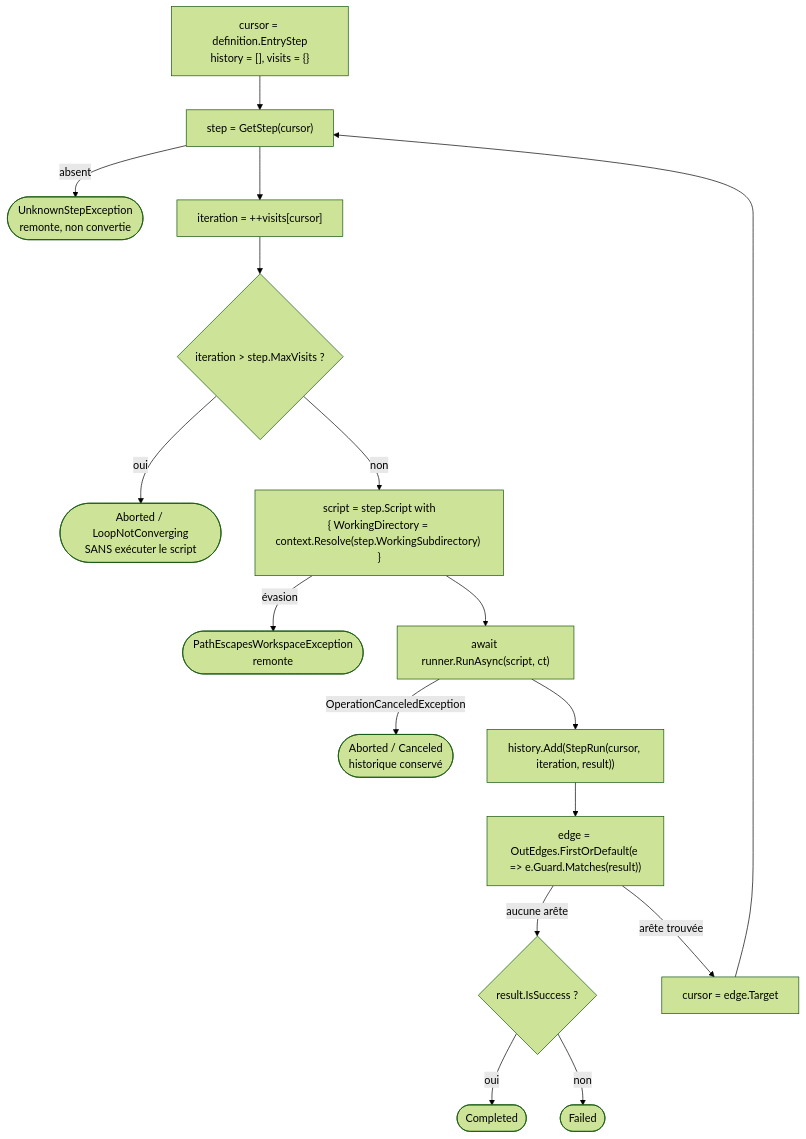
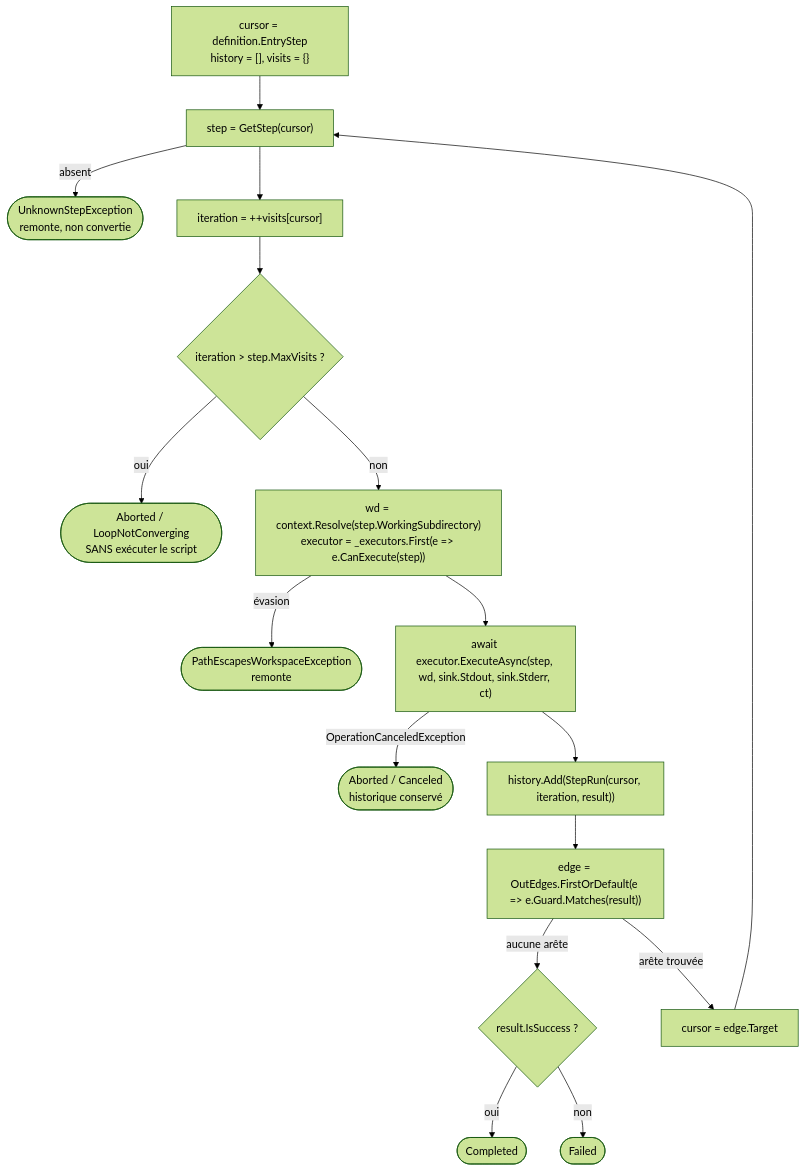
One commit to Apemb/Cursus changed the second of 4 diagrams in docs/design/architecture.md. Above: the diagram before and after it, drawn with Mermaid (forest theme). The commit also changed other lines of this file and 1 other file, not shown here.

First line of the commit message:
docs: acter l'AgentStep headless — D-030, architecture §5/§2.2 rendues vraies

````diff
--- a/docs/design/architecture.md
+++ b/docs/design/architecture.md
@@ -298,19 +301,19 @@
 ```mermaid
 flowchart TD
     A["cursor = definition.EntryStep<br/>history = [], visits = {}"] --> B["step = GetStep(cursor)"]
     B -->|absent| BX(["UnknownStepException<br/>remonte, non convertie"])
     B --> C["iteration = ++visits[cursor]"]
     C --> D{"iteration > step.MaxVisits ?"}
     D -->|oui| DX(["Aborted / LoopNotConverging<br/>SANS exécuter le script"])
-    D -->|non| E["script = step.Script with<br/>{ WorkingDirectory = context.Resolve(step.WorkingSubdirectory) }"]
+    D -->|non| E["wd = context.Resolve(step.WorkingSubdirectory)<br/>executor = _executors.First(e =&gt; e.CanExecute(step))"]
     E -->|évasion| EX(["PathEscapesWorkspaceException<br/>remonte"])
-    E --> F["await runner.RunAsync(script, ct)"]
+    E --> F["await executor.ExecuteAsync(step, wd, sink.Stdout, sink.Stderr, ct)"]
     F -->|OperationCanceledException| FX(["Aborted / Canceled<br/>historique conservé"])
     F --> G["history.Add(StepRun(cursor, iteration, result))"]
     G --> H["edge = OutEdges.FirstOrDefault(e => e.Guard.Matches(result))"]
     H -->|aucune arête| I{"result.IsSuccess ?"}
     I -->|oui| I1(["Completed"])
     I -->|non| I2(["Failed"])
     H -->|arête trouvée| J["cursor = edge.Target"]
     J --> B
 ```
````
